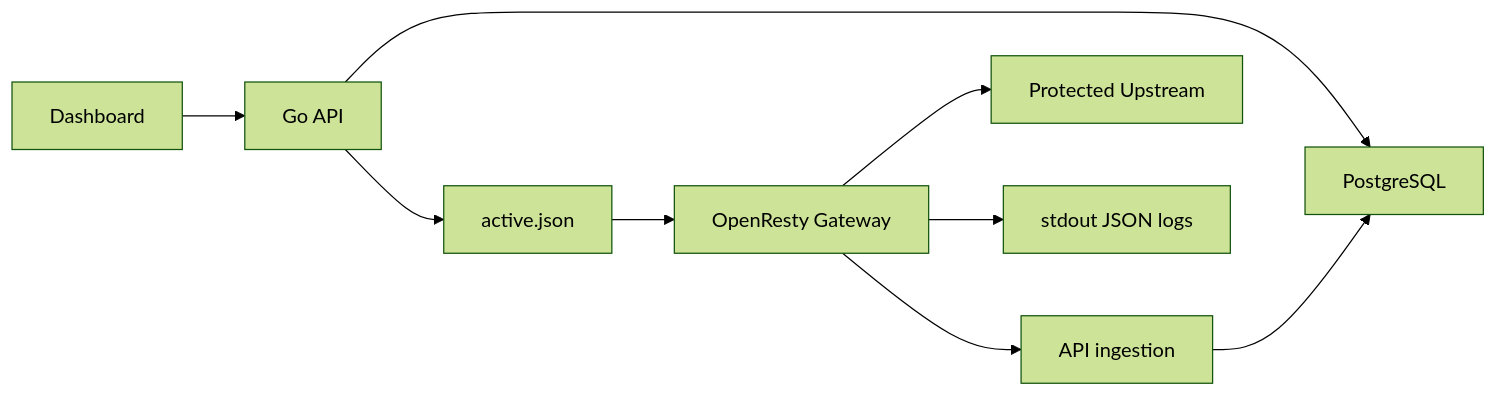
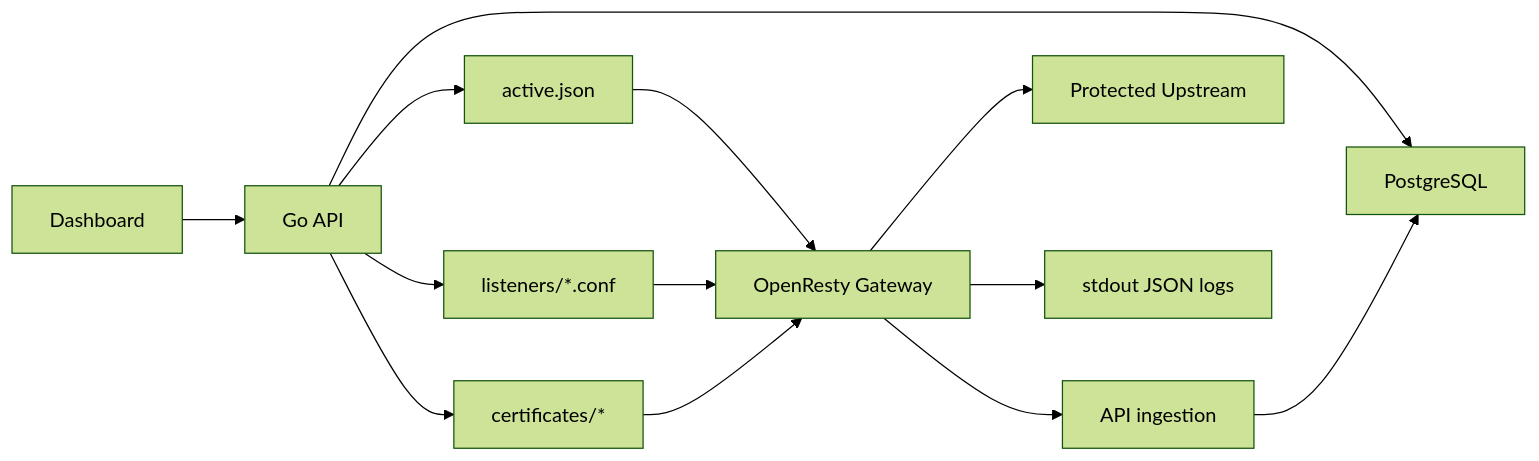
The diagram in doc/架构说明.md (newz-max/litewaf-api), drawn with Mermaid (forest theme) before and after one commit. The commit also changed other lines of this file and 41 other files, not shown here.

````diff
--- a/doc/架构说明.md
+++ b/doc/架构说明.md
@@ -18,11 +18,15 @@
 ```mermaid
 flowchart LR
   Dashboard["Dashboard"] --> API["Go API"]
   API --> Postgres["PostgreSQL"]
   API --> Config["active.json"]
+  API --> Listeners["listeners/*.conf"]
+  API --> Certs["certificates/*"]
   Config --> Gateway["OpenResty Gateway"]
+  Listeners --> Gateway
+  Certs --> Gateway
   Gateway --> Upstream["Protected Upstream"]
   Gateway --> Logs["stdout JSON logs"]
   Gateway --> Ingest["API ingestion"]
   Ingest --> Postgres
 ```
````
